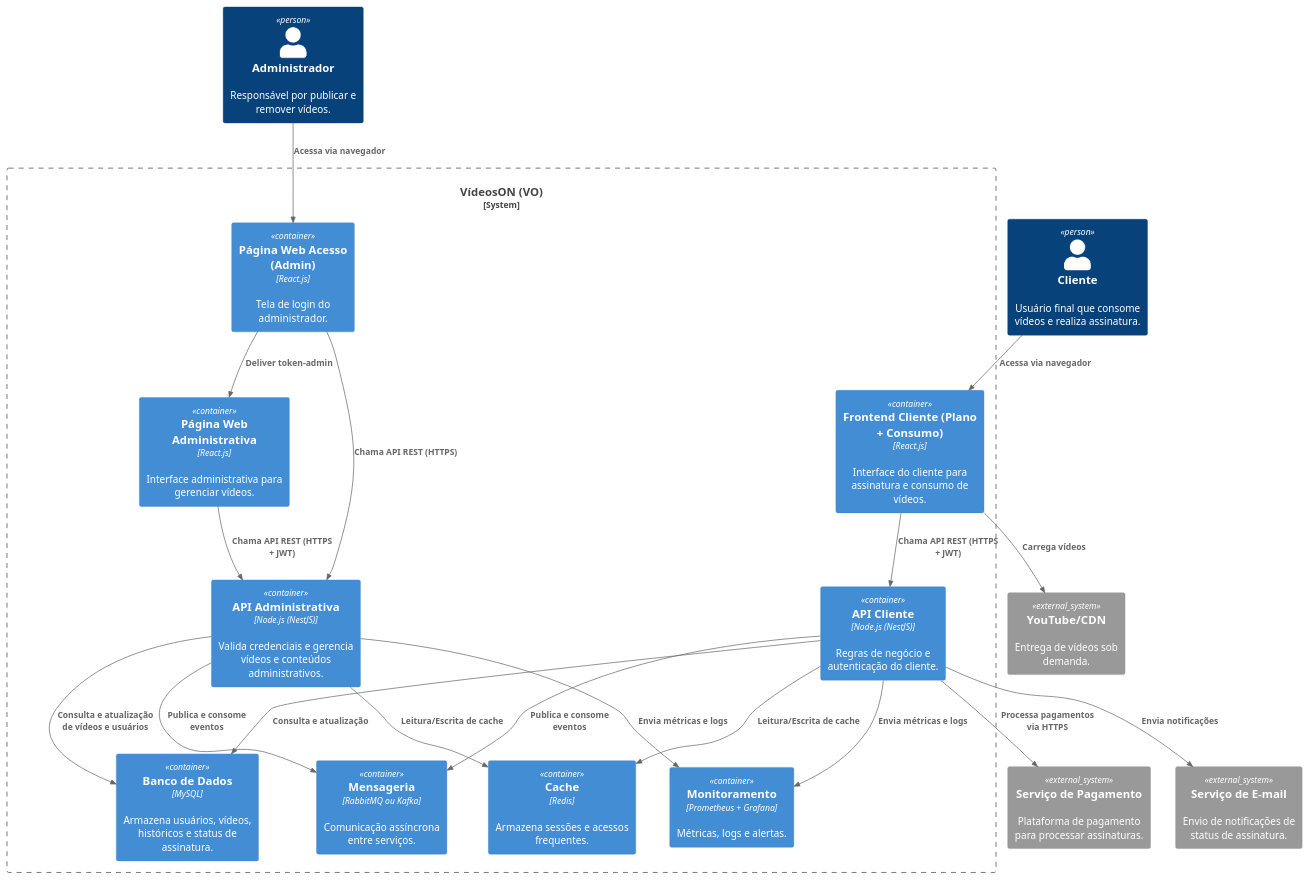
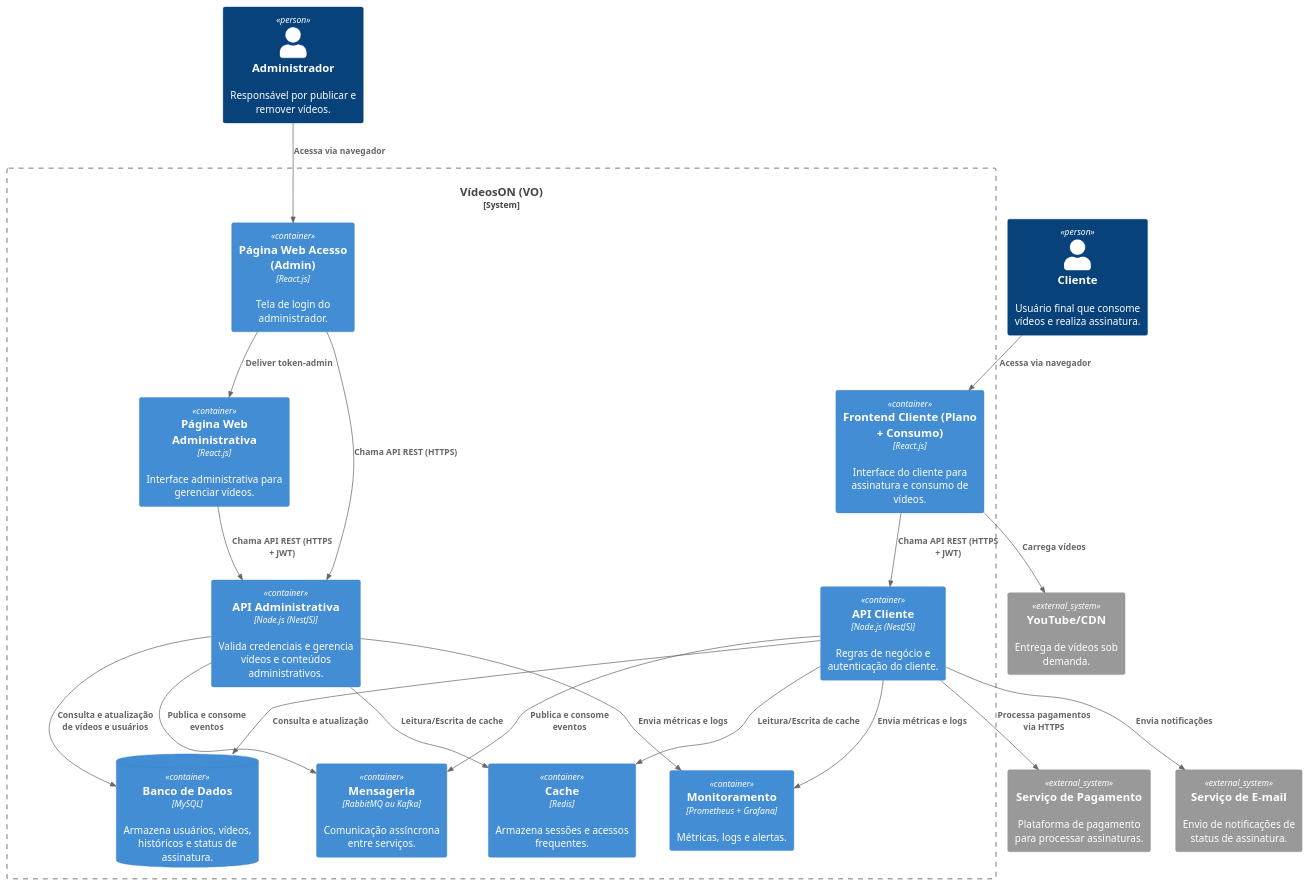
One commit to MarieleV/n2-arqSoftware changed the diagram in Containers.plantuml. Above: the diagram before and after it, drawn with PlantUML. The commit also changed 1 other file, not shown here.

```diff
--- a/Containers.plantuml
+++ b/Containers.plantuml
@@ -1,58 +1,58 @@
 @startuml
 
 '!includeurl C:\Users\silva\Desktop\n2-arq\n2-arqSoftware\C4-PlantUML
-!include <c4/C4_Container.puml>  
+!include <c4/C4_Container.puml>
 ' Definindo o sistema principal
 
 
 ' Atores externos
 Person(admin, "Administrador", "Responsável por publicar e remover vídeos.")
 Person(cliente, "Cliente", "Usuário final que consome vídeos e realiza assinatura.")
 
 System_Boundary(s1, "VídeosON (VO)") {
 
 
 ' Admin - dividido com API unificada
 Container(webAcessoAdmin, "Página Web Acesso (Admin)", "React.js", "Tela de login do administrador.")
 Container(webAdm, "Página Web Administrativa", "React.js", "Interface administrativa para gerenciar vídeos.")
 Container(apiAdminUnificada, "API Administrativa", "Node.js (NestJS)", "Valida credenciais e gerencia vídeos e conteúdos administrativos.")
 
 ' Cliente
 Container(frontendCliente, "Frontend Cliente (Plano + Consumo)", "React.js", "Interface do cliente para assinatura e consumo de vídeos.")
 Container(apiCliente, "API Cliente", "Node.js (NestJS)", "Regras de negócio e autenticação do cliente.")
 
 
 ' Infraestrutura
-Container(db, "Banco de Dados", "MySQL", "Armazena usuários, vídeos, históricos e status de assinatura.")
+ContainerDb(db, "Banco de Dados", "MySQL", "Armazena usuários, vídeos, históricos e status de assinatura.")
 Container(cache, "Cache", "Redis", "Armazena sessões e acessos frequentes.")
 Container(mq, "Mensageria", "RabbitMQ ou Kafka", "Comunicação assíncrona entre serviços.")
 Container(monitoramento, "Monitoramento", "Prometheus + Grafana", "Métricas, logs e alertas.")
 }
 
 ' Sistemas externos
 System_Ext(pagamento, "Serviço de Pagamento", "Plataforma de pagamento para processar assinaturas.")
 System_Ext(email, "Serviço de E-mail", "Envio de notificações de status de assinatura.")
 System_Ext(streaming, "YouTube/CDN", "Entrega de vídeos sob demanda.")
 
 ' Relacionamentos Cliente
 Rel(cliente, frontendCliente, "Acessa via navegador")
 Rel(frontendCliente, apiCliente, "Chama API REST (HTTPS + JWT)")
 Rel(apiCliente, db, "Consulta e atualização")
 Rel(apiCliente, cache, "Leitura/Escrita de cache")
 Rel(apiCliente, mq, "Publica e consome eventos")
 Rel(apiCliente, monitoramento, "Envia métricas e logs")
 Rel(apiCliente, pagamento, "Processa pagamentos via HTTPS")
 Rel(apiCliente, email, "Envia notificações")
 Rel(frontendCliente, streaming, "Carrega vídeos")
 
 ' Relacionamentos Admin
 Rel(admin, webAcessoAdmin, "Acessa via navegador")
 Rel(webAcessoAdmin, apiAdminUnificada, "Chama API REST (HTTPS)")
 Rel(webAcessoAdmin, webAdm, "Deliver token-admin")
 Rel(webAdm, apiAdminUnificada, "Chama API REST (HTTPS + JWT)")
 Rel(apiAdminUnificada, db, "Consulta e atualização de vídeos e usuários")
 Rel(apiAdminUnificada, cache, "Leitura/Escrita de cache")
 Rel(apiAdminUnificada, mq, "Publica e consome eventos")
 Rel(apiAdminUnificada, monitoramento, "Envia métricas e logs")
 
 @enduml
```
